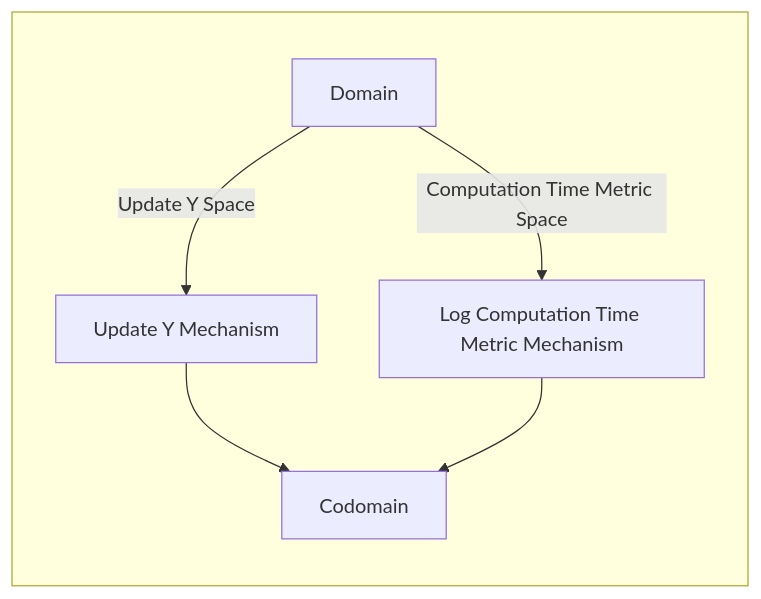
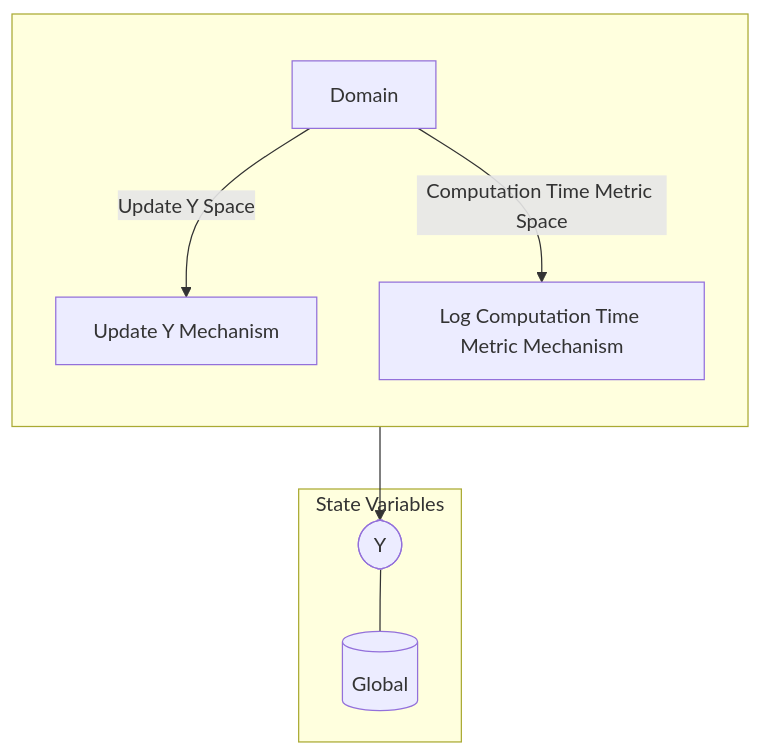
Before and after one commit to SeanMcOwen/Root-Finding-Simulation: the diagram in MSML/reports/Markdown/Wiring/Calculate Y Parallel Block.md, drawn with Mermaid. The commit also changed other lines of this file and 24 other files, not shown here.

````diff
--- a/MSML/reports/Markdown/Wiring/Calculate Y Parallel Block.md
+++ b/MSML/reports/Markdown/Wiring/Calculate Y Parallel Block.md
@@ -3,16 +3,22 @@
 ```mermaid
 graph TB
-subgraph X5[ ]
+
+subgraph SVS["State Variables"]
+EE0[("Global")]
+EES0(["Y"])
+EES0 --- EE0
+end
+
+subgraph X5[" "]
 direction TB
-X1[Update Y Mechanism]
-X2[Log Computation Time Metric Mechanism]
+X1["Update Y Mechanism"]
+X1 --> EES0
+X2["Log Computation Time Metric Mechanism"]
 X3[Domain]
-X4[Codomain]
+
 direction LR
 direction TB
 X3 --"Update Y Space"--> X1
 X3 --"Computation Time Metric Space"--> X2
-X1 --> X4
-X2 --> X4
 end
 ```
````
